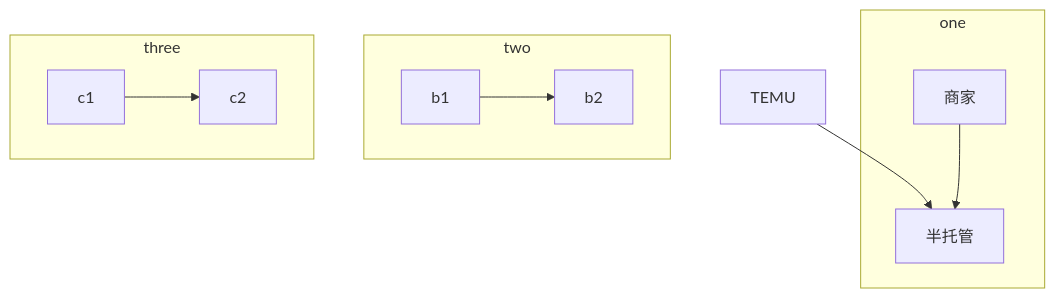
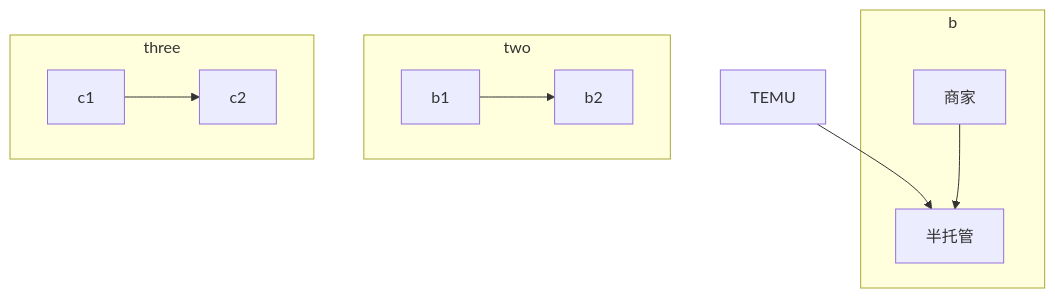
The diagram in all/TEMU链路图.md (Zora0203/iodraw-files), drawn with Mermaid before and after one commit.

Commit message:
2024-12-06 16:26:15 update

````diff
--- a/all/TEMU链路图.md
+++ b/all/TEMU链路图.md
@@ -1,15 +1,15 @@
 ```mermaid
 
 
 flowchart TB
     TEMU-->半托管
-    subgraph one
+    subgraph b
     商家-->半托管
     end
     subgraph two
     b1-->b2
     end
     subgraph three
     c1-->c2
     end
 ```
````
